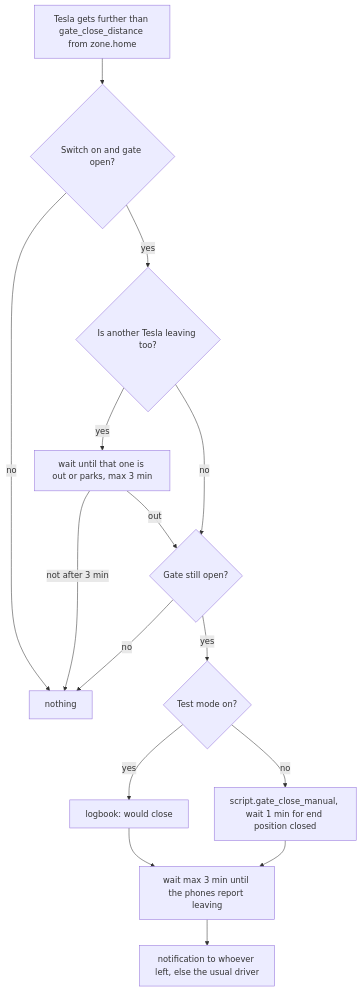
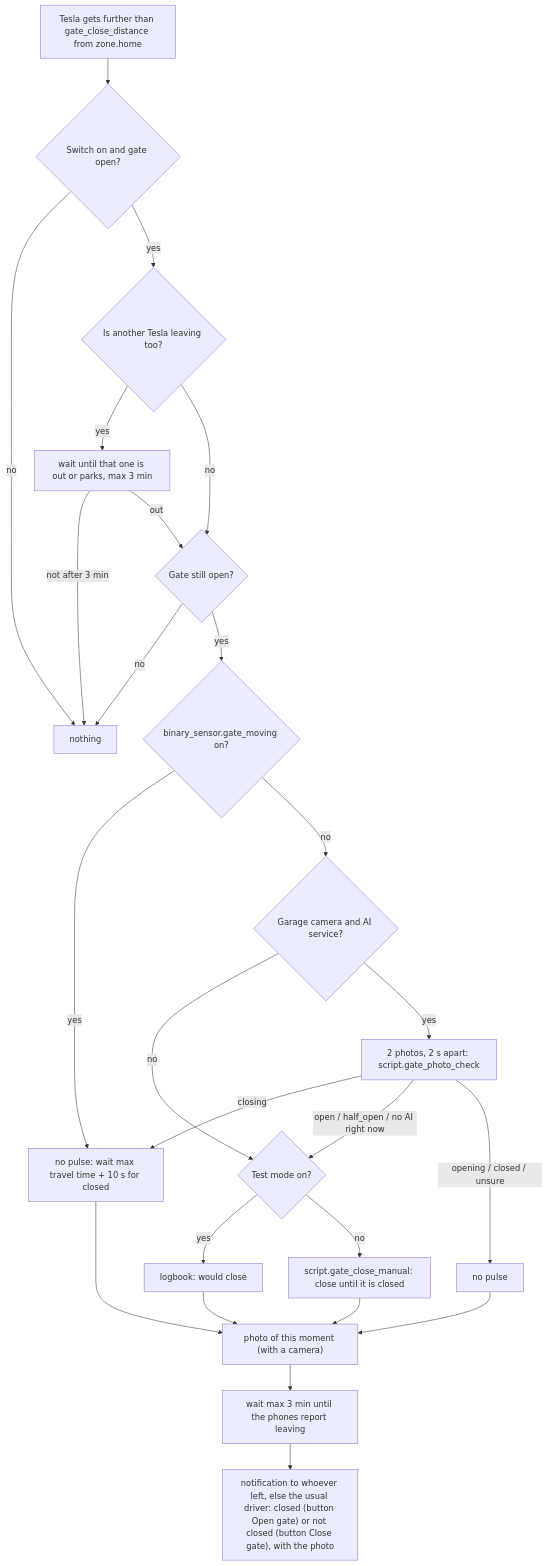
One commit to smwlms/ha-kit changed the second of 5 diagrams in modules/gate/LOGIC.md. Above: the diagram before and after it, drawn with Mermaid. The commit also changed other lines of this file and 10 other files, not shown here.

````diff
--- a/modules/gate/LOGIC.md
+++ b/modules/gate/LOGIC.md
@@ -54,17 +58,27 @@
 ```mermaid
 flowchart TD
   T["Tesla gets further than gate_close_distance from zone.home"] --> S{"Switch on and gate open?"}
   S -- no --> X["nothing"]
   S -- yes --> O{"Is another Tesla leaving too?"}
   O -- yes --> W["wait until that one is out or parks, max 3 min"]
   W -- not after 3 min --> X
   W -- out --> S2
   O -- no --> S2{"Gate still open?"}
   S2 -- no --> X
-  S2 -- yes --> TM{"Test mode on?"}
-  TM -- yes --> L["logbook: would close"]
-  TM -- no --> G["script.gate_close_manual, wait 1 min for end position closed"]
-  L --> WHO["wait max 3 min until the phones report leaving"]
-  G --> WHO
-  WHO --> M["notification to whoever left, else the usual driver"]
+  S2 -- yes --> MV{"binary_sensor.gate_moving on?"}
+  MV -- yes --> WC["no pulse: wait max travel time + 10 s for closed"]
+  MV -- no --> CAM{"Garage camera and AI service?"}
+  CAM -- no --> CL
+  CAM -- yes --> PH["2 photos, 2 s apart: script.gate_photo_check"]
+  PH -- closing --> WC
+  PH -- "open / half_open / no AI right now" --> CL{"Test mode on?"}
+  PH -- "opening / closed / unsure" --> NP["no pulse"]
+  CL -- yes --> L["logbook: would close"]
+  CL -- no --> G["script.gate_close_manual: close until it is closed"]
+  WC --> F
+  G --> F
+  NP --> F
+  L --> F["photo of this moment (with a camera)"]
+  F --> WHO["wait max 3 min until the phones report leaving"]
+  WHO --> M["notification to whoever left, else the usual driver: closed (button Open gate) or not closed (button Close gate), with the photo"]
 ```
````
